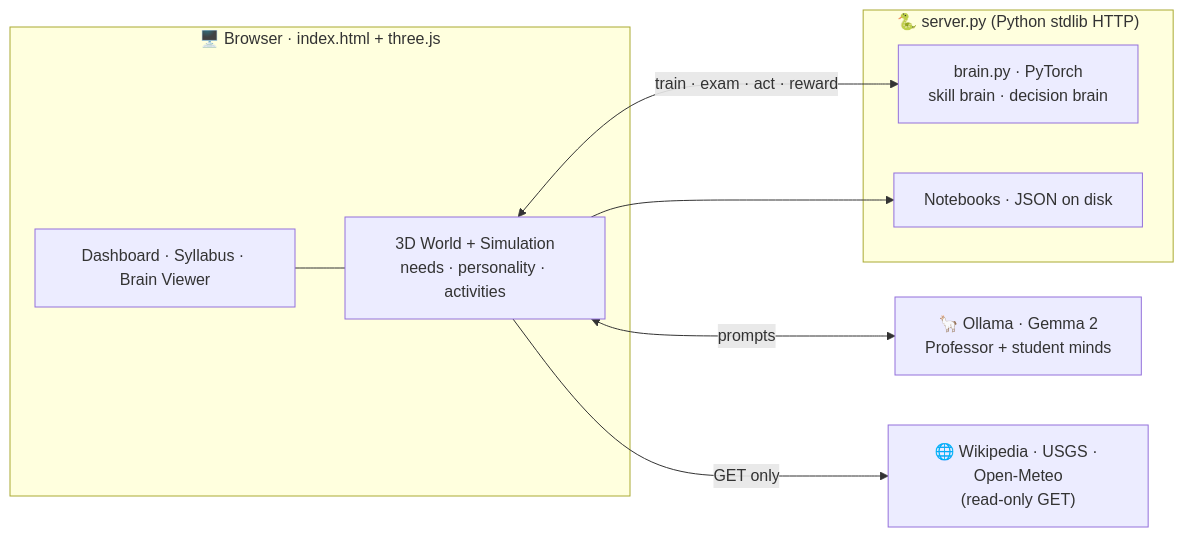
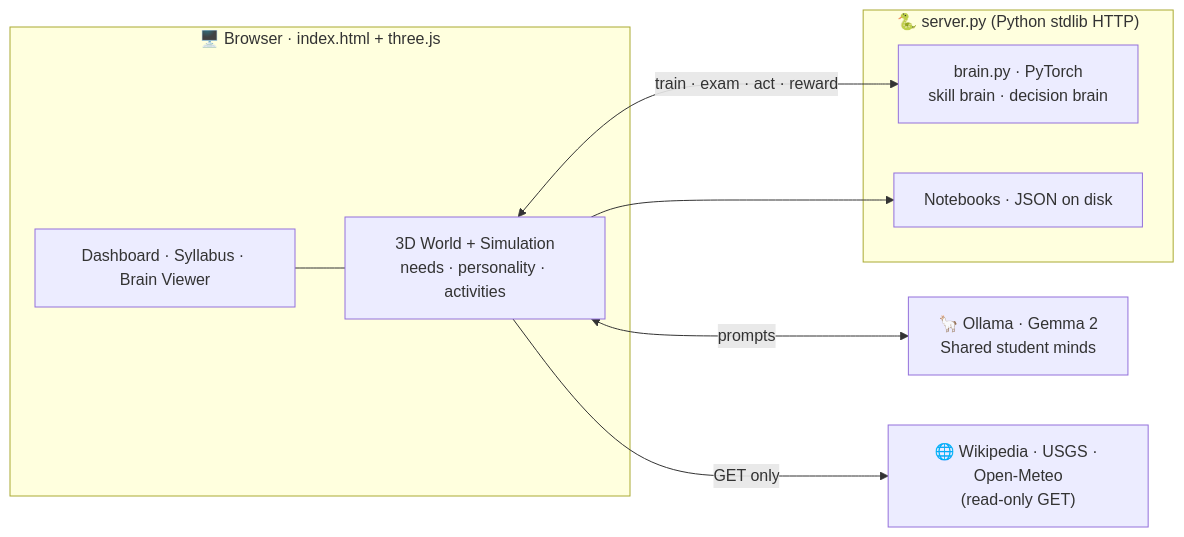
One commit to andrewsavio/AI-World changed the diagram in README.md. Above: the diagram before and after it, drawn with Mermaid. The commit also changed other lines of this file and 2 other files, not shown here.

Commit message:
Docs: seven-level syllabus with research rationale; remove Professor mentions; local-first hosting

````diff
--- a/README.md
+++ b/README.md
@@ -89,19 +89,19 @@
 ```mermaid
 flowchart LR
     subgraph Browser["🖥️ Browser  ·  index.html + three.js"]
         W["3D World + Simulation<br/>needs · personality · activities"]
         UI["Dashboard · Syllabus · Brain Viewer"]
     end
     subgraph Server["🐍 server.py  (Python stdlib HTTP)"]
         B["brain.py  ·  PyTorch<br/>skill brain · decision brain"]
         N["Notebooks  ·  JSON on disk"]
     end
-    O["🦙 Ollama · Gemma 2<br/>Professor + student minds"]
+    O["🦙 Ollama · Gemma 2<br/>Shared student minds"]
     I["🌐 Wikipedia · USGS · Open-Meteo<br/>(read-only GET)"]
 
     W <-->|"train · exam · act · reward"| B
     W --> N
     W <-->|"prompts"| O
     W -->|"GET only"| I
     UI --- W
 ```
````
